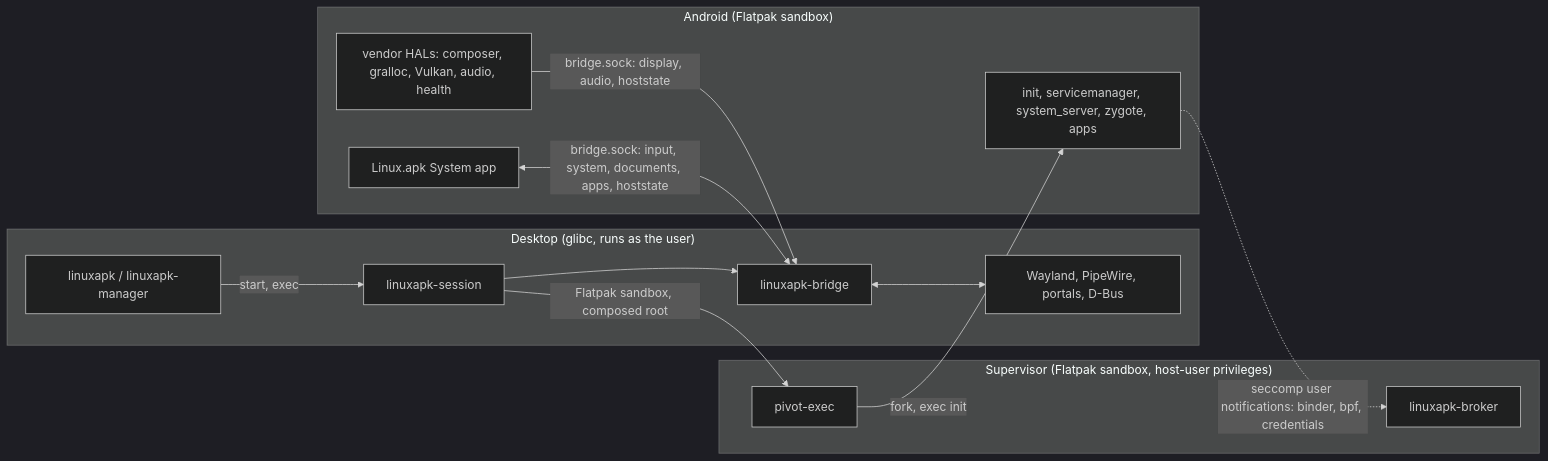
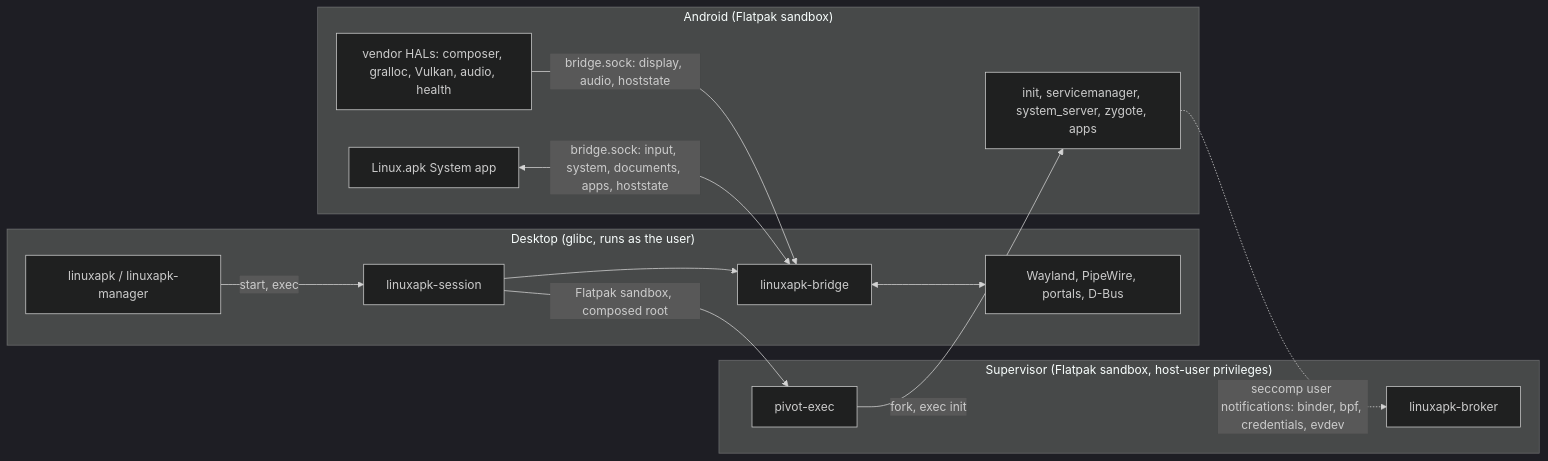
Before and after one commit to sargunv/innkeeper: the diagram in docs/architecture.md, drawn with Mermaid (dark theme). The commit also changed other lines of this file and 34 other files, not shown here.

````diff
--- a/docs/architecture.md
+++ b/docs/architecture.md
@@ -9,26 +9,26 @@
 ```mermaid
 flowchart LR
   subgraph desk["Desktop (glibc, runs as the user)"]
     cli["linuxapk / linuxapk-manager"]
     launcher["linuxapk-session"]
     bridge["linuxapk-bridge"]
     host["Wayland, PipeWire, portals, D-Bus"]
   end
   subgraph sup["Supervisor (Flatpak sandbox, host-user privileges)"]
     pivot["pivot-exec"]
     broker["linuxapk-broker"]
   end
   subgraph droid["Android (Flatpak sandbox)"]
     init["init, servicemanager, system_server, zygote, apps"]
     hal["vendor HALs: composer, gralloc, Vulkan, audio, health"]
     sysapp["Linux.apk System app"]
   end
   cli -->|"start, exec"| launcher
   launcher -->|"Flatpak sandbox, composed root"| pivot
   launcher --> bridge
   pivot -->|"fork, exec init"| init
-  init -. "seccomp user notifications: binder, bpf, credentials" .-> broker
+  init -. "seccomp user notifications: binder, bpf, credentials, evdev" .-> broker
   hal -->|"bridge.sock: display, audio, hoststate"| bridge
   sysapp <-->|"bridge.sock: input, system, documents, apps, hoststate"| bridge
   bridge <--> host
 ```
````
